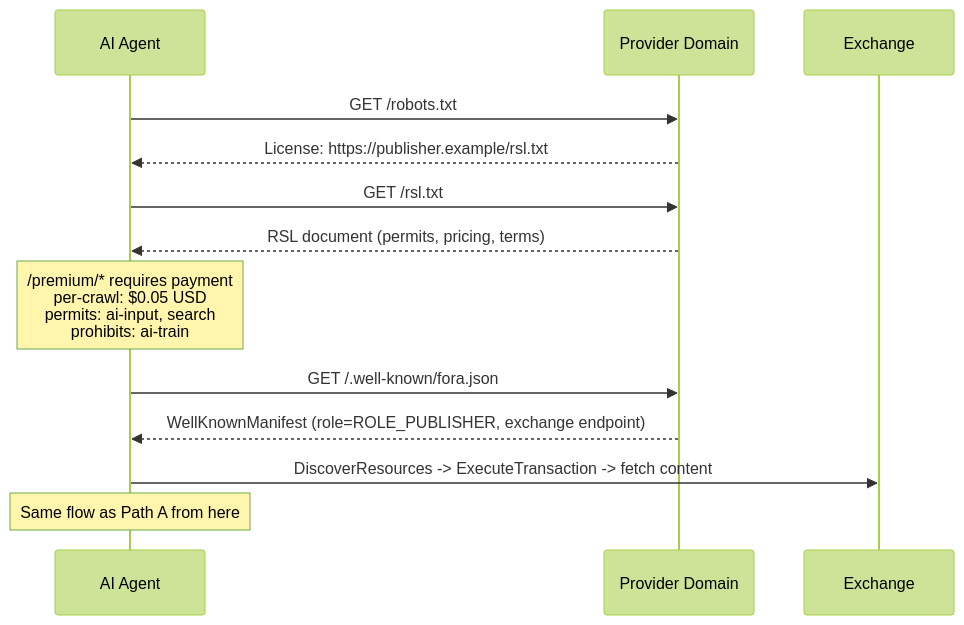
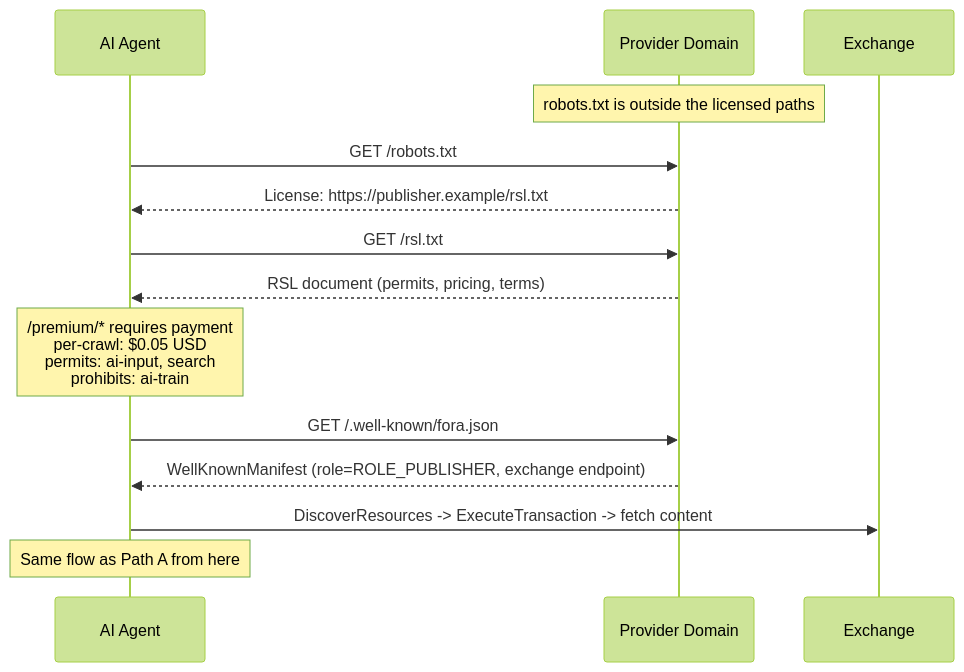
Before and after one commit to FORA-Protocol/protocol: the fourth of 6 diagrams in website/src/content/docs/protocol/discovery-paths.mdx, drawn with Mermaid (forest theme). The commit also changed other lines of this file and 2 other files, not shown here.

Commit message:
Make robots.txt outside the licensed paths a precondition for agents to read a License: line behind the edge function

````diff
--- a/website/src/content/docs/protocol/discovery-paths.mdx
+++ b/website/src/content/docs/protocol/discovery-paths.mdx
@@ -210,20 +210,21 @@
 ```mermaid
 sequenceDiagram
     participant Agent as AI Agent
     participant PUB as Provider Domain
     participant MP as Exchange
 
+    Note over PUB: robots.txt is outside the licensed paths
     Agent->>PUB: GET /robots.txt
     PUB-->>Agent: License: https://publisher.example/rsl.txt
     Agent->>PUB: GET /rsl.txt
     PUB-->>Agent: RSL document (permits, pricing, terms)
 
     Note over Agent: /premium/* requires payment<br/>per-crawl: $0.05 USD<br/>permits: ai-input, search<br/>prohibits: ai-train
 
     Agent->>PUB: GET /.well-known/fora.json
     PUB-->>Agent: WellKnownManifest (role=ROLE_PUBLISHER, exchange endpoint)
 
     Agent->>MP: DiscoverResources -> ExecuteTransaction -> fetch content
 
     Note over Agent: Same flow as Path A from here
 ```
````
